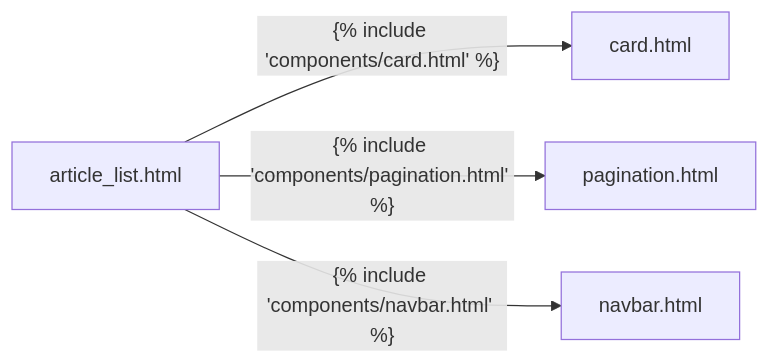
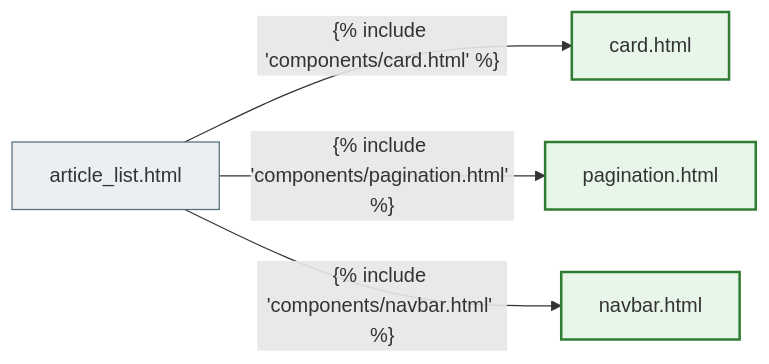
Before and after one commit to NikoriakViktot/notes_chat_app: the eighth of 11 diagrams in docs/05_frontend_and_templates/design_foundations_full.md, drawn with Mermaid. The commit also changed other lines of this file and 441 other files, not shown here.

First line of the commit message:
Add English version of the book, Mermaid standard, docs fixes

````diff
--- a/docs/05_frontend_and_templates/design_foundations_full.md
+++ b/docs/05_frontend_and_templates/design_foundations_full.md
@@ -658,6 +709,11 @@
 ```mermaid
 graph LR
     A[article_list.html] -->|"{% include 'components/card.html' %}"| B[card.html]
     A -->|"{% include 'components/pagination.html' %}"| C[pagination.html]
     A -->|"{% include 'components/navbar.html' %}"| D[navbar.html]
+
+    classDef step     fill:#eceff1,stroke:#546e7a,stroke-width:1px;
+    classDef success  fill:#e8f5e9,stroke:#2e7d32,stroke-width:2px;
+    class A step;
+    class B,C,D success;
 ```
````
